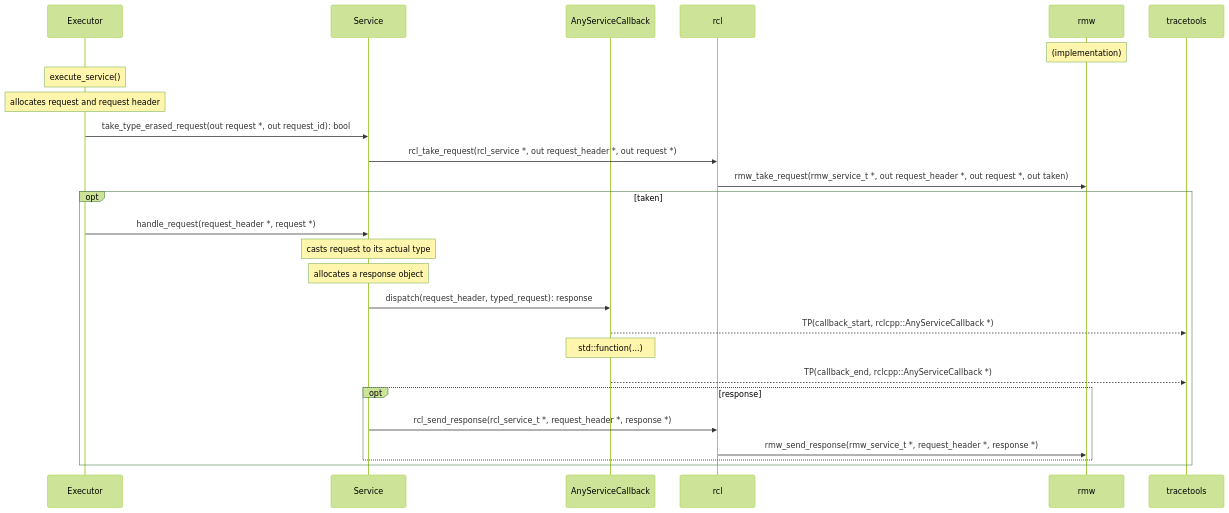
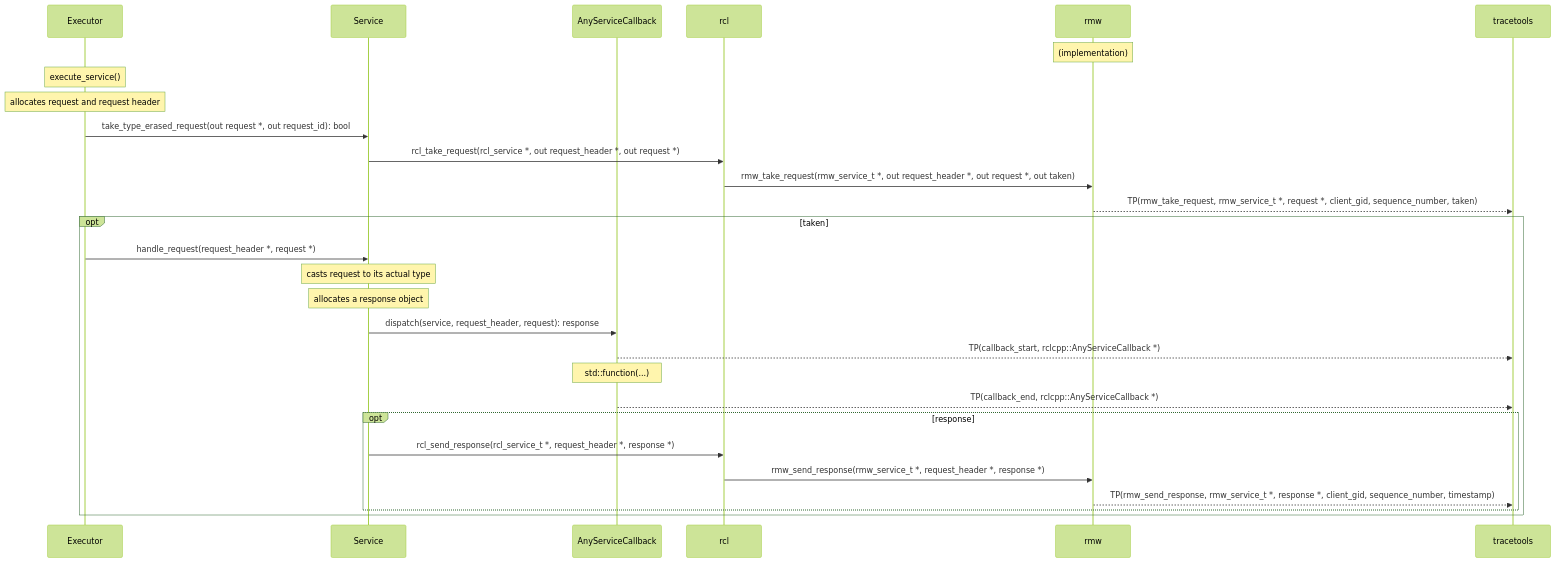
Diagram 12 of 20 in doc/design_ros_2.md (ros2-gbp/ros2_tracing-release), drawn with Mermaid (forest theme) before and after one commit. The commit also changed other lines of this file and 60 other files, not shown here.

````diff
--- a/doc/design_ros_2.md
+++ b/doc/design_ros_2.md
@@ -630,31 +638,33 @@
 ```mermaid
 sequenceDiagram
     participant Executor
     participant Service
     participant AnyServiceCallback
     participant rcl
     participant rmw
     participant tracetools
 
     Note over rmw: (implementation)
 
     %% Executor-->>tracetools: TP(rclcpp_executor_execute, rcl_service_t *)
     Note over Executor: execute_service()
     Note over Executor: allocates request and request header
     Executor->>Service: take_type_erased_request(out request *, out request_id): bool
     Service->>rcl: rcl_take_request(rcl_service *, out request_header *, out request *)
     rcl->>rmw: rmw_take_request(rmw_service_t *, out request_header *, out request *, out taken)
+    rmw-->>tracetools: TP(rmw_take_request, rmw_service_t *, request *, client_gid, sequence_number, taken)
     opt taken
         Executor->>Service: handle_request(request_header *, request *)
         Note over Service: casts request to its actual type
         Note over Service: allocates a response object
-        Service->>AnyServiceCallback: dispatch(request_header, typed_request): response
+        Service->>AnyServiceCallback: dispatch(service, request_header, request): response
         AnyServiceCallback-->>tracetools: TP(callback_start, rclcpp::AnyServiceCallback *)
         Note over AnyServiceCallback: std::function(...)
         AnyServiceCallback-->>tracetools: TP(callback_end, rclcpp::AnyServiceCallback *)
         opt response
             Service->>rcl: rcl_send_response(rcl_service_t *, request_header *, response *)
             rcl->>rmw: rmw_send_response(rmw_service_t *, request_header *, response *)
+            rmw-->>tracetools: TP(rmw_send_response, rmw_service_t *, response *, client_gid, sequence_number, timestamp)
         end
     end
 ```
````
